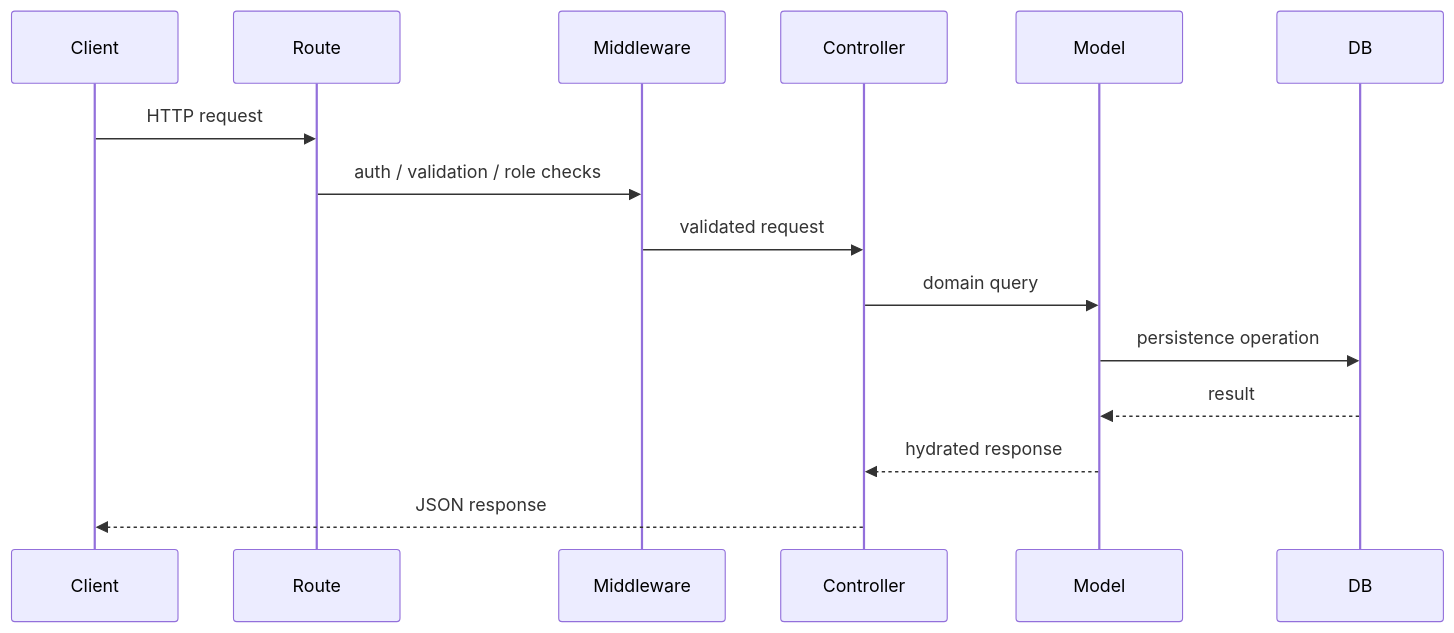
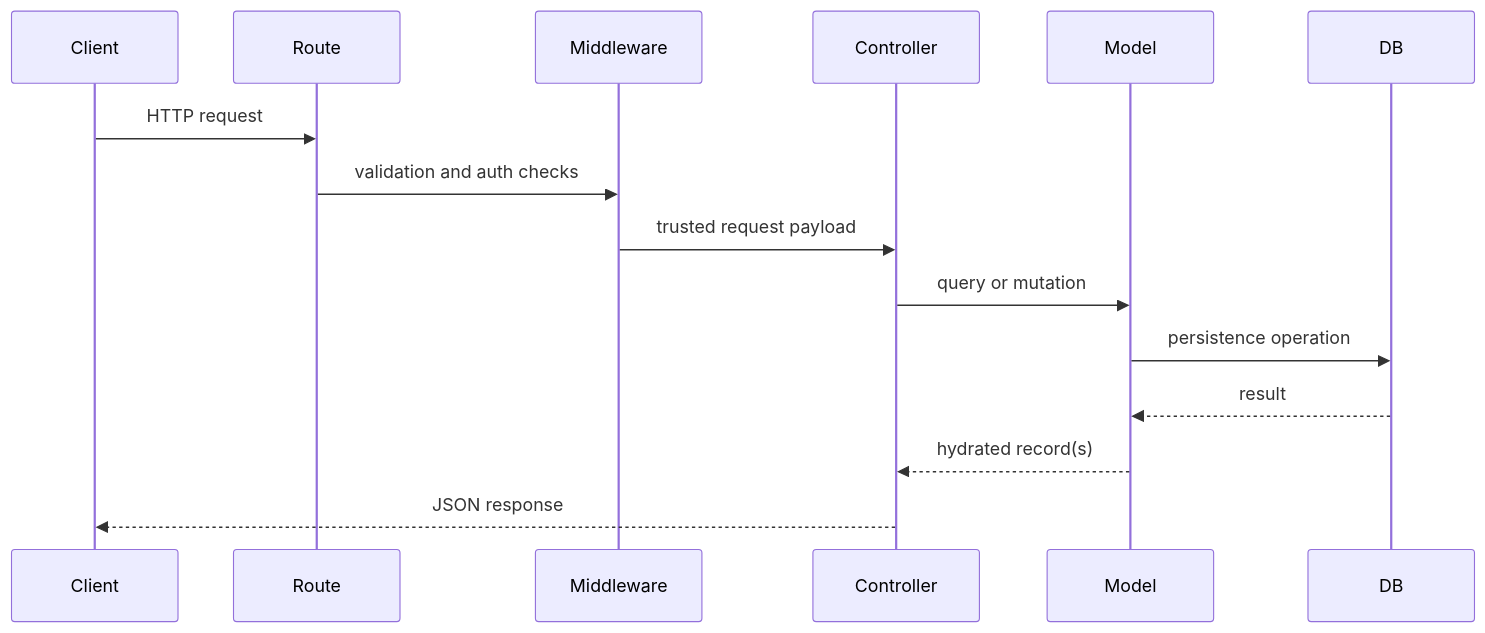
One commit to adarshkshitij/Assignment changed the third of 5 diagrams in ARCHITECTURE.md. Above: the diagram before and after it, drawn with Mermaid. The commit also changed other lines of this file and 7 other files, not shown here.

````diff
--- a/ARCHITECTURE.md
+++ b/ARCHITECTURE.md
@@ -76,18 +71,18 @@
 ```mermaid
 sequenceDiagram
     participant Client
     participant Route
     participant Middleware
     participant Controller
     participant Model
     participant DB
 
     Client->>Route: HTTP request
-    Route->>Middleware: auth / validation / role checks
-    Middleware->>Controller: validated request
-    Controller->>Model: domain query
+    Route->>Middleware: validation and auth checks
+    Middleware->>Controller: trusted request payload
+    Controller->>Model: query or mutation
     Model->>DB: persistence operation
     DB-->>Model: result
-    Model-->>Controller: hydrated response
+    Model-->>Controller: hydrated record(s)
     Controller-->>Client: JSON response
 ```
````
